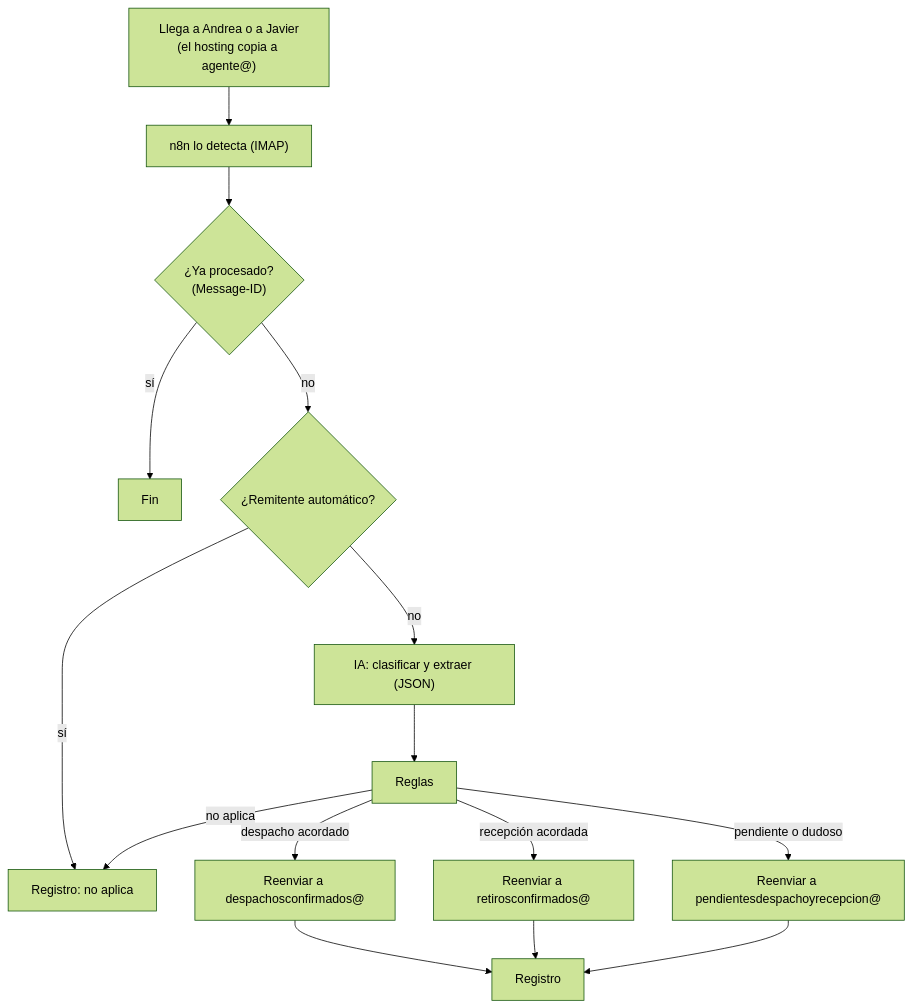
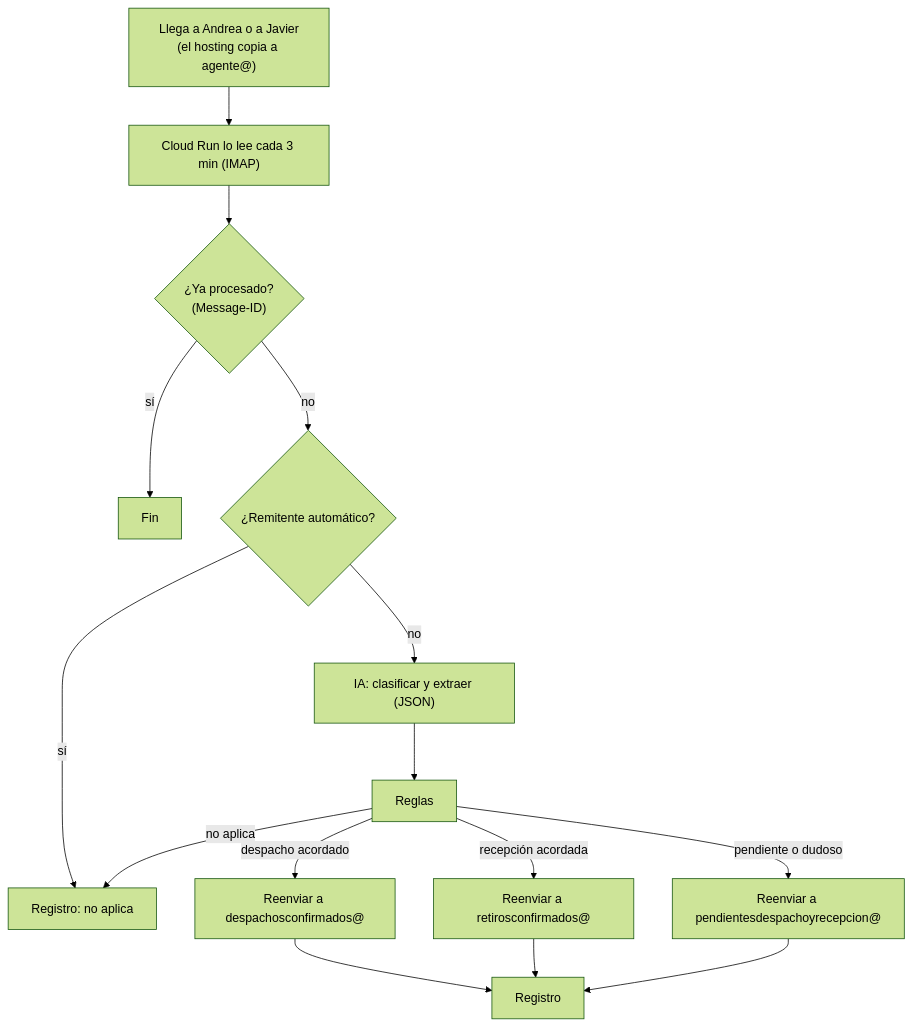
Before and after one commit to zhbozzo/alzatec: the diagram in docs/07-agente-v1.md, drawn with Mermaid (forest theme). The commit also changed other lines of this file and 21 other files, not shown here.

````diff
--- a/docs/07-agente-v1.md
+++ b/docs/07-agente-v1.md
@@ -16,17 +30,17 @@
 ```mermaid
 flowchart TD
-  A["Llega a Andrea o a Javier<br/>(el hosting copia a agente@)"] --> B["n8n lo detecta (IMAP)"]
+  A["Llega a Andrea o a Javier<br/>(el hosting copia a agente@)"] --> B["Cloud Run lo lee cada 3 min (IMAP)"]
   B --> C{"¿Ya procesado?<br/>(Message-ID)"}
   C -->|sí| Z["Fin"]
   C -->|no| D{"¿Remitente automático?"}
   D -->|sí| L["Registro: no aplica"]
   D -->|no| E["IA: clasificar y extraer (JSON)"]
   E --> F["Reglas"]
   F -->|despacho acordado| G1["Reenviar a despachosconfirmados@"]
   F -->|recepción acordada| G2["Reenviar a retirosconfirmados@"]
   F -->|pendiente o dudoso| G3["Reenviar a pendientesdespachoyrecepcion@"]
   F -->|no aplica| L
   G1 --> L2["Registro"]
   G2 --> L2
   G3 --> L2
 ```
````
